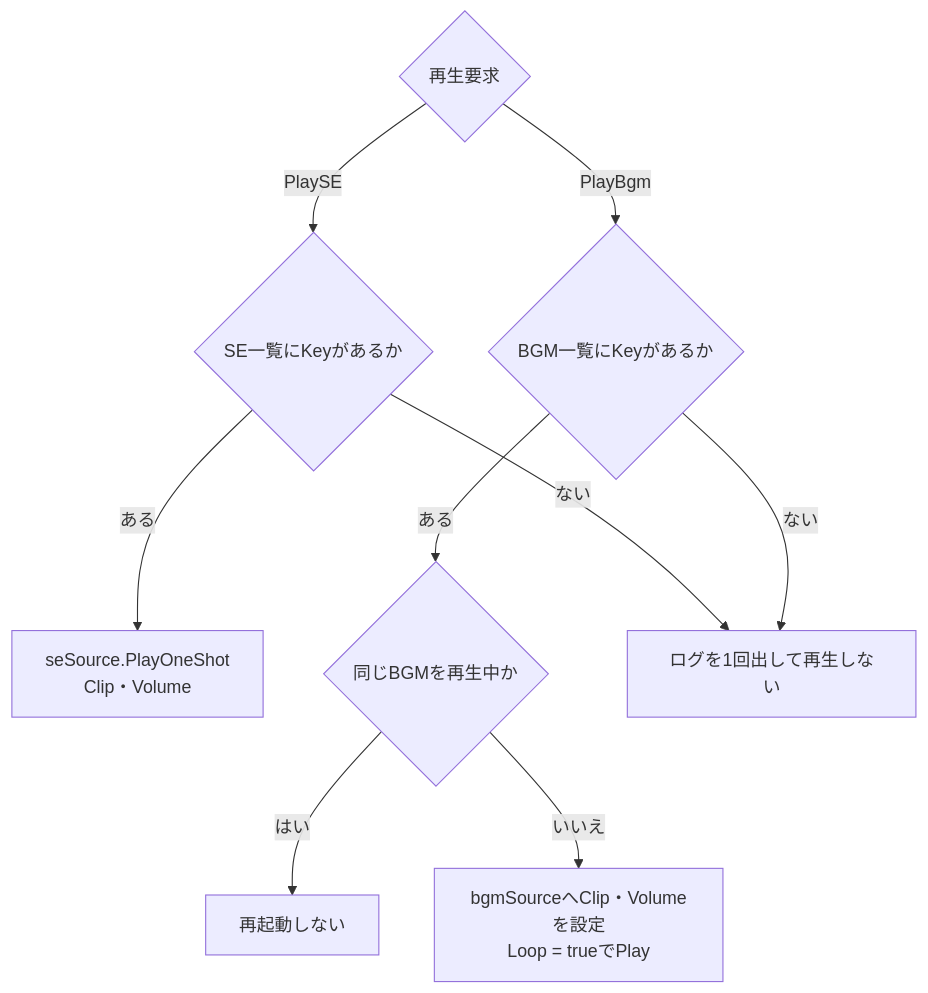
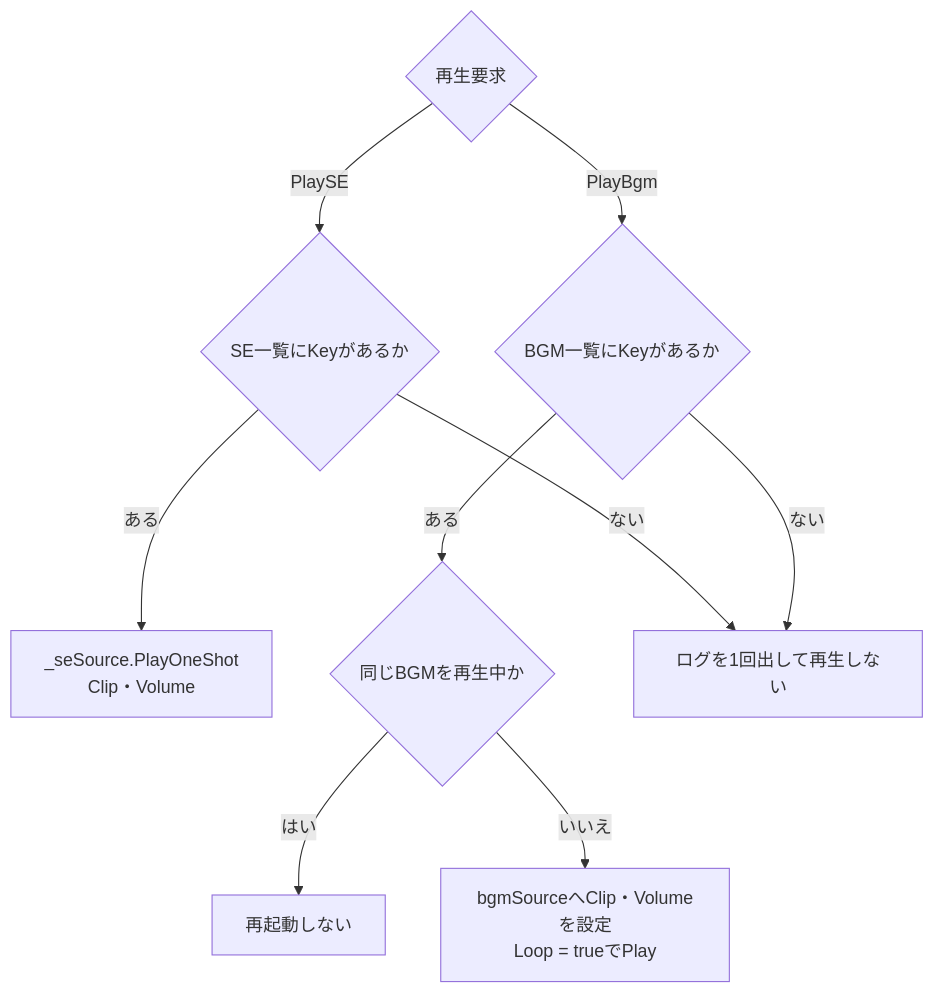
Before and after one commit to MicomProcedure/change-change-change: the second of 3 diagrams in docs/architecture/infrastructure/audio.md, drawn with Mermaid. The commit also changed other lines of this file and 11 other files, not shown here.

````diff
--- a/docs/architecture/infrastructure/audio.md
+++ b/docs/architecture/infrastructure/audio.md
@@ -249,20 +255,20 @@
 ```mermaid
 flowchart TD
     Request{再生要求}
     SELookup{SE一覧にKeyがあるか}
     BgmLookup{BGM一覧にKeyがあるか}
-    SEPlayback["seSource.PlayOneShot\nClip・Volume"]
+    SEPlayback["_seSource.PlayOneShot\nClip・Volume"]
     Same{同じBGMを再生中か}
     Bgm["bgmSourceへClip・Volumeを設定\nLoop = trueでPlay"]
     Ignore[ログを1回出して再生しない]
     Keep[再起動しない]
 
     Request -->|PlaySE| SELookup
     Request -->|PlayBgm| BgmLookup
     SELookup -->|ない| Ignore
     SELookup -->|ある| SEPlayback
     BgmLookup -->|ない| Ignore
     BgmLookup -->|ある| Same
     Same -->|はい| Keep
     Same -->|いいえ| Bgm
 ```
````
